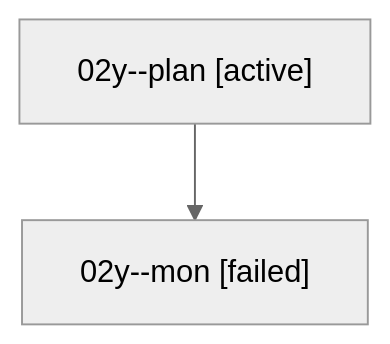
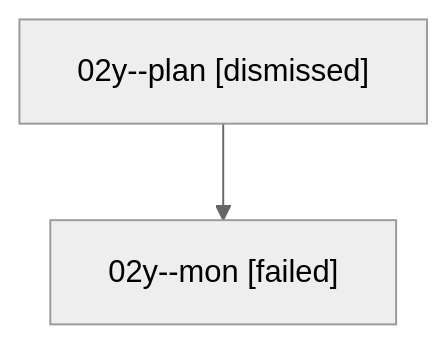
Before and after one commit to sase-org/sase--agents: the diagram in sessions/bbugyi200.athena.02y.md, drawn with Mermaid (neutral theme). The commit also changed other lines of this file and 22 other files, not shown here.

````diff
--- a/sessions/bbugyi200.athena.02y.md
+++ b/sessions/bbugyi200.athena.02y.md
@@ -9,6 +9,6 @@
 ```mermaid
 flowchart TD
-  n0["02y--plan [active]"]
+  n0["02y--plan [dismissed]"]
   n1["02y--mon [failed]"]
   n0 --> n1
 ```
````
